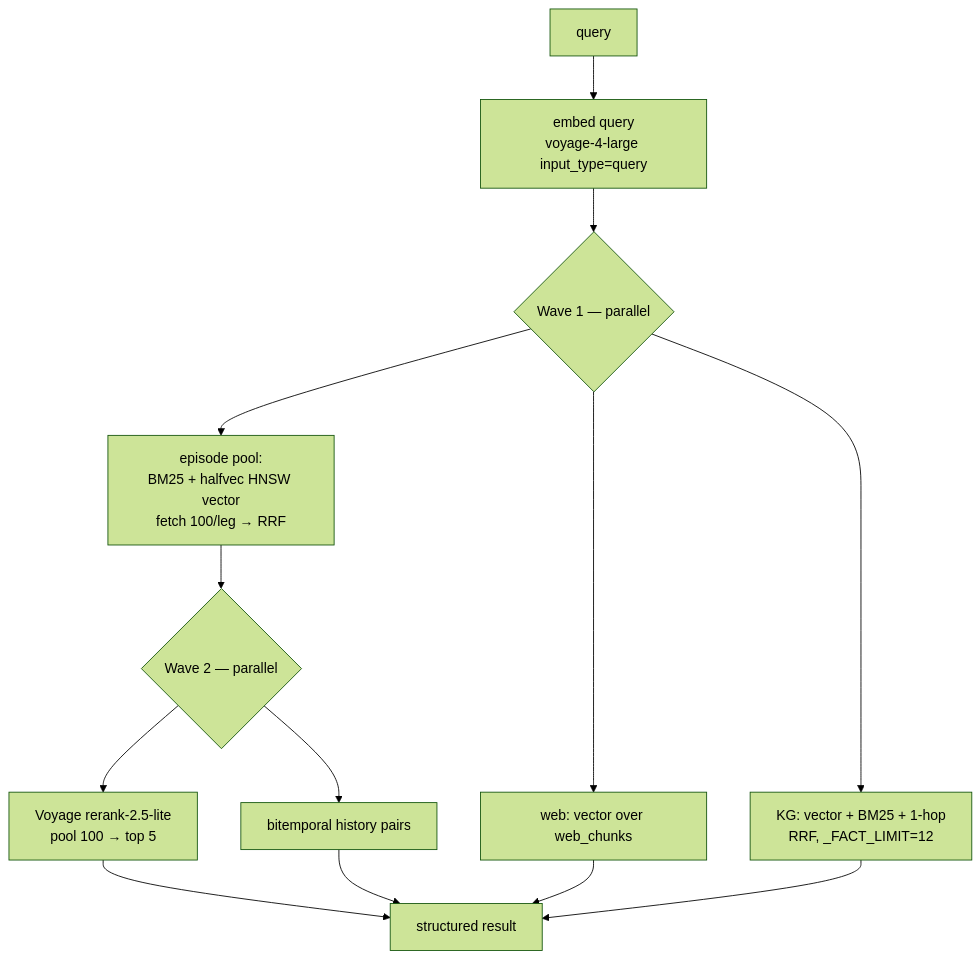
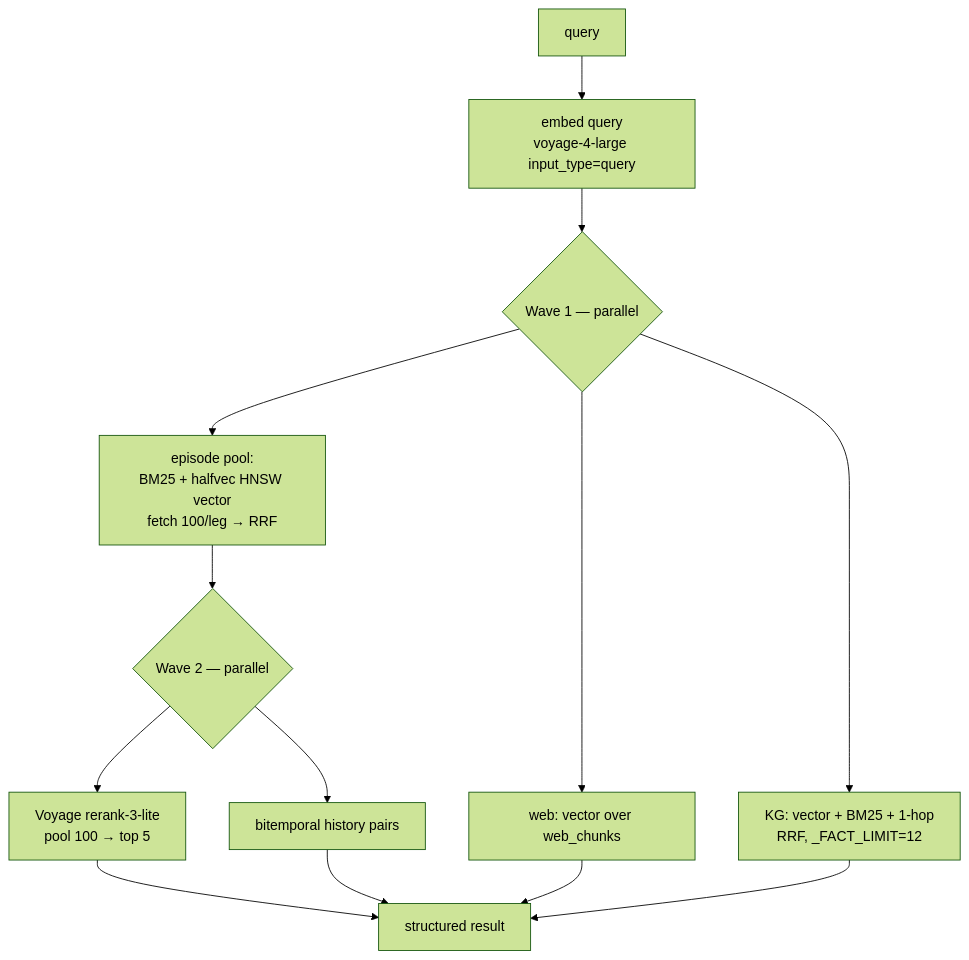
Before and after one commit to kraft87/synapse: the fourth of 4 diagrams in ARCHITECTURE.md, drawn with Mermaid (forest theme). The commit also changed other lines of this file and 7 other files, not shown here.

First line of the commit message:
Default reranker: rerank-3-lite (3-arm A/B vs rerank-2.5-lite and rerank-3) (#189)

````diff
--- a/ARCHITECTURE.md
+++ b/ARCHITECTURE.md
@@ -360,15 +360,15 @@
 ```mermaid
 flowchart TD
     Q[query] --> EMB[embed query\nvoyage-4-large input_type=query]
     EMB --> W1{Wave 1 — parallel}
     W1 --> EP[episode pool:\nBM25 + halfvec HNSW vector\nfetch 100/leg → RRF]
     W1 --> WEB[web: vector over web_chunks]
     W1 --> KG[KG: vector + BM25 + 1-hop\nRRF, _FACT_LIMIT=12]
     EP --> W2{Wave 2 — parallel}
-    W2 --> RR[Voyage rerank-2.5-lite\npool 100 → top 5]
+    W2 --> RR[Voyage rerank-3-lite\npool 100 → top 5]
     W2 --> HIST[bitemporal history pairs]
     RR --> OUT[structured result]
     KG --> OUT
     WEB --> OUT
     HIST --> OUT
 ```
````
